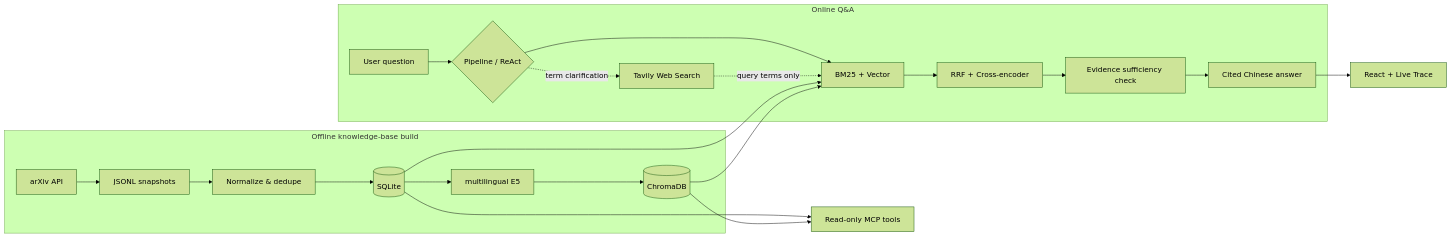
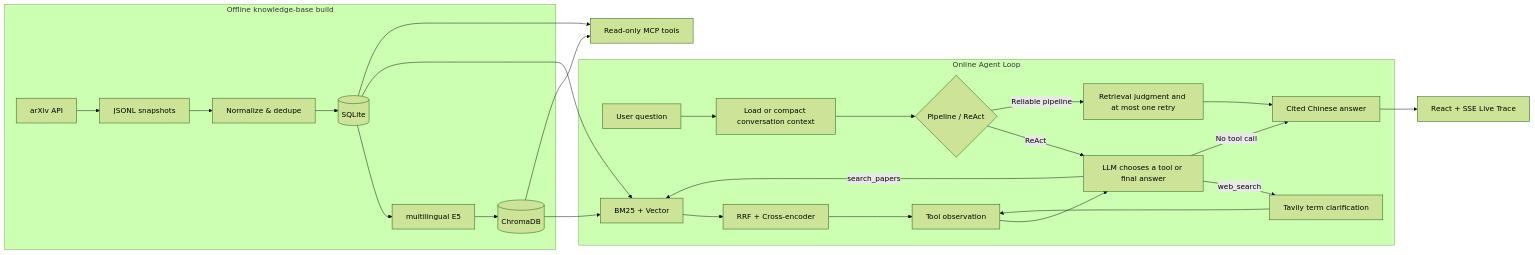
Before and after one commit to juzikuwei/tech-radar-agent: the diagram in README.en.md, drawn with Mermaid (forest theme). The commit also changed other lines of this file and 22 other files, not shown here.

````diff
--- a/README.en.md
+++ b/README.en.md
@@ -23,26 +100,31 @@
 ```mermaid
 flowchart LR
     subgraph Offline[Offline knowledge-base build]
         A[arXiv API] --> B[JSONL snapshots]
         B --> C[Normalize & dedupe]
         C --> D[(SQLite)]
         D --> E[multilingual E5]
         E --> F[(ChromaDB)]
     end
 
-    subgraph Online[Online Q&A]
-        U[User question] --> P{Pipeline / ReAct}
-        P --> H[BM25 + Vector]
+    subgraph Online[Online Agent Loop]
+        U[User question] --> CTX[Load or compact conversation context]
+        CTX --> P{Pipeline / ReAct}
+        P -->|ReAct| L[LLM chooses a tool or final answer]
+        L -->|search_papers| H[BM25 + Vector]
         H --> R[RRF + Cross-encoder]
-        R --> J[Evidence sufficiency check]
-        J --> G[Cited Chinese answer]
-        P -.term clarification.-> W[Tavily Web Search]
-        W -.query terms only.-> H
+        R --> O[Tool observation]
+        O --> L
+        L -->|web_search| W[Tavily term clarification]
+        W --> O
+        L -->|No tool call| G[Cited Chinese answer]
+        P -->|Reliable pipeline| J[Retrieval judgment and at most one retry]
+        J --> G
     end
 
     D --> H
     F --> H
-    G --> UI[React + Live Trace]
+    G --> UI[React + SSE Live Trace]
     D --> MCP[Read-only MCP tools]
     F --> MCP
 ```
````
